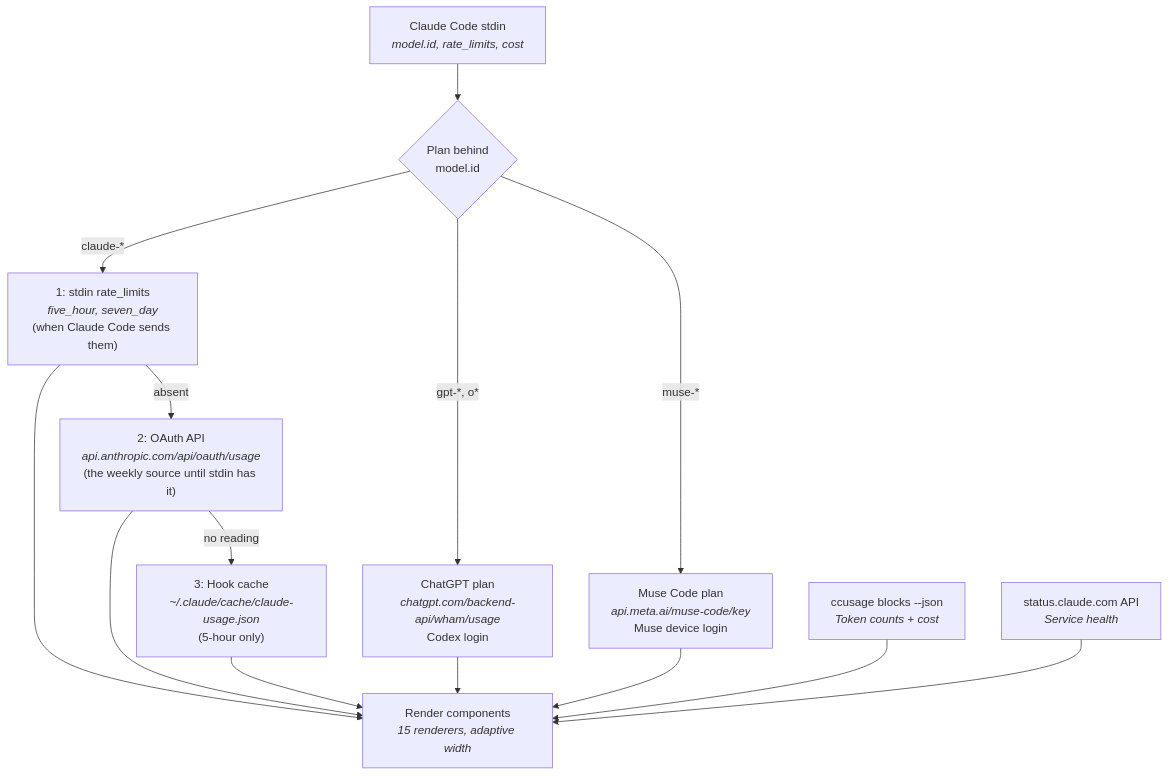
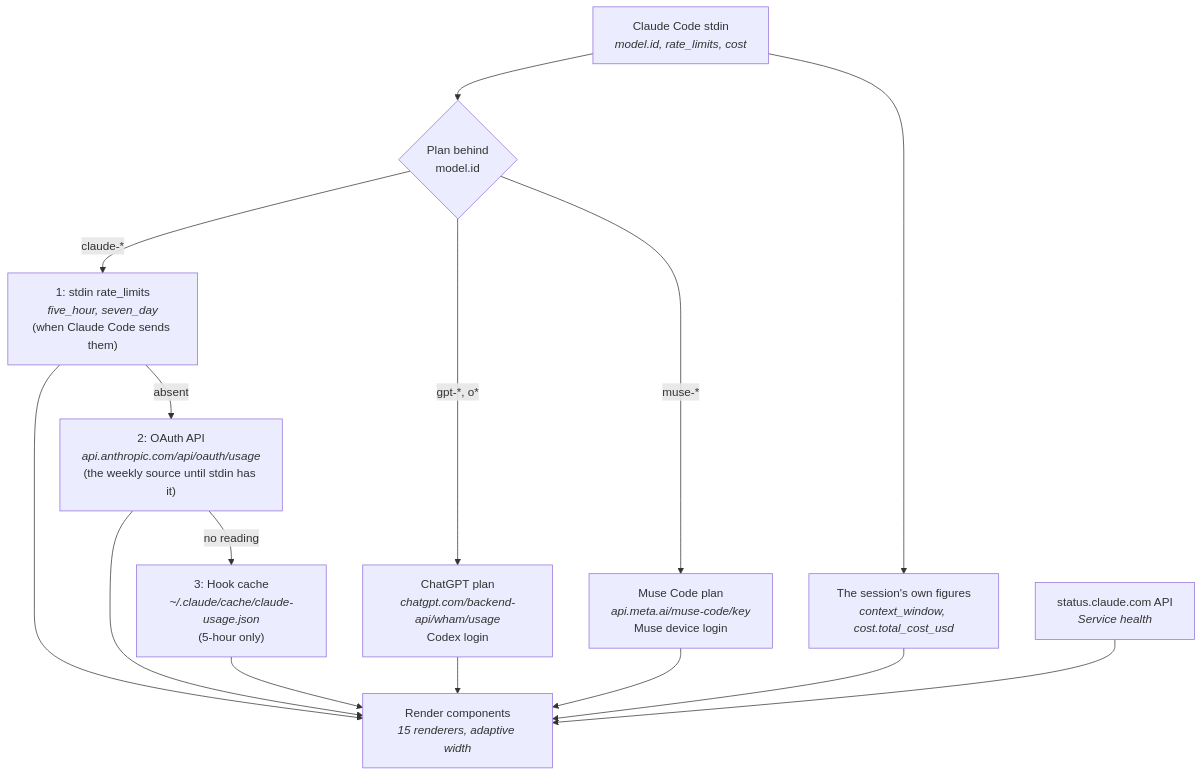
The fourth of 4 diagrams in docs/architecture.md (gutyoh/claude-code-config), drawn with Mermaid before and after one commit. The commit also changed other lines of this file and 25 other files, not shown here.

First line of the commit message:
feat(statusline): tokens and cost from Claude Code's own stdin, no ccusage (#75)

````diff
--- a/docs/architecture.md
+++ b/docs/architecture.md
@@ -113,27 +113,28 @@
 ```mermaid
 flowchart TD
     INPUT["Claude Code stdin<br/><i>model.id, rate_limits, cost</i>"]
     PICK{"Plan behind<br/>model.id"}
     P1["1: stdin rate_limits<br/><i>five_hour, seven_day</i><br/>(when Claude Code sends them)"]
     P2["2: OAuth API<br/><i>api.anthropic.com/api/oauth/usage</i><br/>(the weekly source until stdin has it)"]
     P3["3: Hook cache<br/><i>~/.claude/cache/claude-usage.json</i><br/>(5-hour only)"]
     GPT["ChatGPT plan<br/><i>chatgpt.com/backend-api/wham/usage</i><br/>Codex login"]
     MUSE["Muse Code plan<br/><i>api.meta.ai/muse-code/key</i><br/>Muse device login"]
-    CCUSAGE["ccusage blocks --json<br/><i>Token counts + cost</i>"]
+    SESSION["The session's own figures<br/><i>context_window, cost.total_cost_usd</i>"]
     STATUS["status.claude.com API<br/><i>Service health</i>"]
     RENDER["Render components<br/><i>15 renderers, adaptive width</i>"]
 
     INPUT --> PICK
     PICK -->|claude-*| P1
     PICK -->|gpt-*, o*| GPT
     PICK -->|muse-*| MUSE
     P1 -->|absent| P2
     P2 -->|no reading| P3
     P1 --> RENDER
     P2 --> RENDER
     P3 --> RENDER
     GPT --> RENDER
     MUSE --> RENDER
-    CCUSAGE --> RENDER
+    INPUT --> SESSION
+    SESSION --> RENDER
     STATUS --> RENDER
 ```
````
